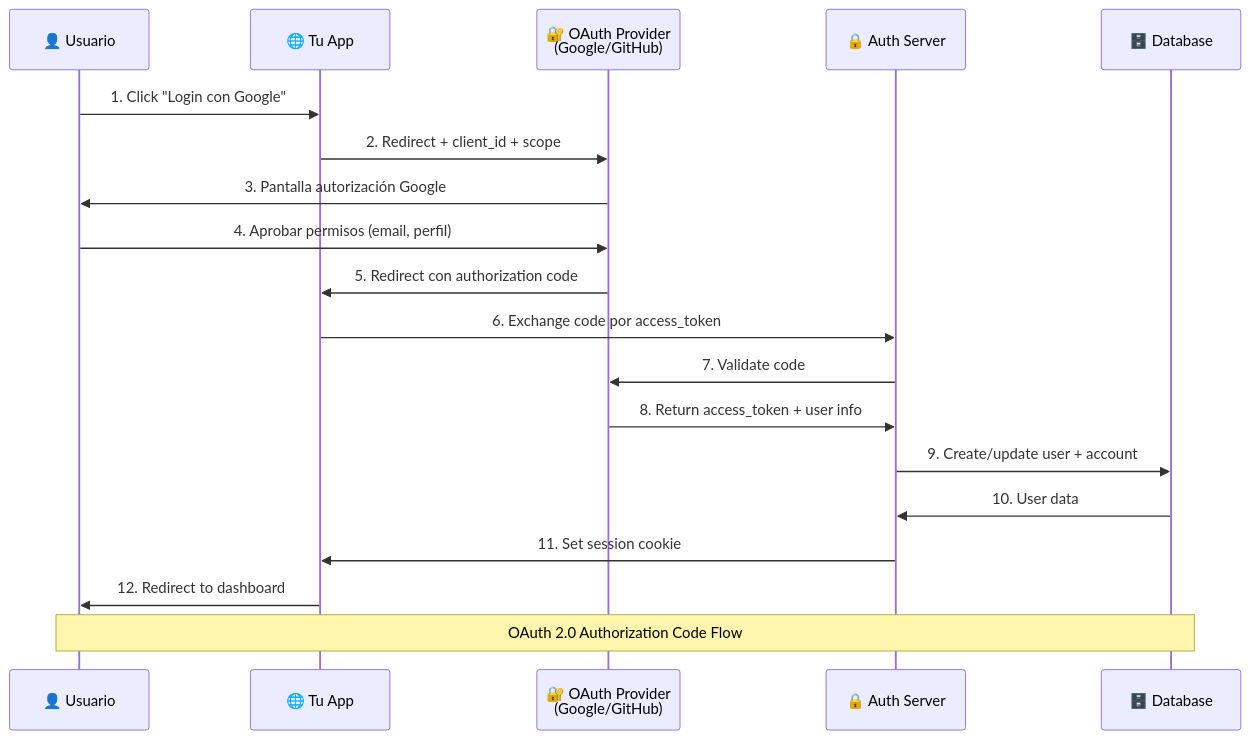
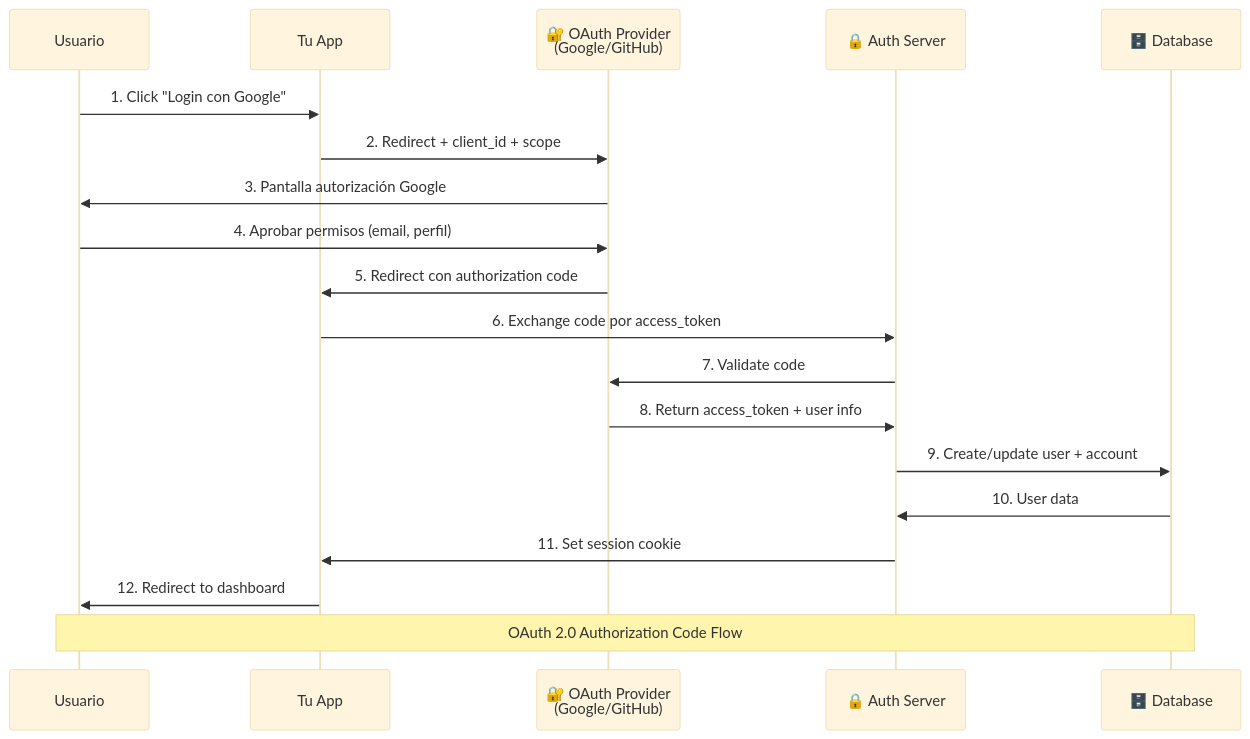
Before and after one commit to Ai-Whisperers/Courses-Content: the sixth of 9 diagrams in courses/🟡-development/FPUNA-2026/01-DESARROLLO-SOFTWARE/especializaciones/web-development/03-autenticacion-autorizacion.md, drawn with Mermaid. The commit also changed other lines of this file and 47 other files, not shown here.

First line of the commit message:
fix: Make all 473 diagrams WCAG AAA accessible (FPUNA-2026)

````diff
--- a/courses/🟡-development/FPUNA-2026/01-DESARROLLO-SOFTWARE/especializaciones/web-development/03-autenticacion-autorizacion.md
+++ b/courses/🟡-development/FPUNA-2026/01-DESARROLLO-SOFTWARE/especializaciones/web-development/03-autenticacion-autorizacion.md
@@ -713,23 +718,24 @@
 ```mermaid
+%%{init: {'theme':'base', 'themeVariables': {'fontSize':'18px'}}}%%
 sequenceDiagram
-    participant U as 👤 Usuario
-    participant C as 🌐 Tu App
+    participant U as Usuario
+    participant C as Tu App
     participant O as 🔐 OAuth Provider<br/>(Google/GitHub)
     participant A as 🔒 Auth Server
     participant D as 🗄️ Database
     
     U->>C: 1. Click "Login con Google"
     C->>O: 2. Redirect + client_id + scope
     O->>U: 3. Pantalla autorización Google
     U->>O: 4. Aprobar permisos (email, perfil)
     O->>C: 5. Redirect con authorization code
     C->>A: 6. Exchange code por access_token
     A->>O: 7. Validate code
     O->>A: 8. Return access_token + user info
     A->>D: 9. Create/update user + account
     D->>A: 10. User data
     A->>C: 11. Set session cookie
     C->>U: 12. Redirect to dashboard
     
     Note over U,D: OAuth 2.0 Authorization Code Flow
 ```
````
